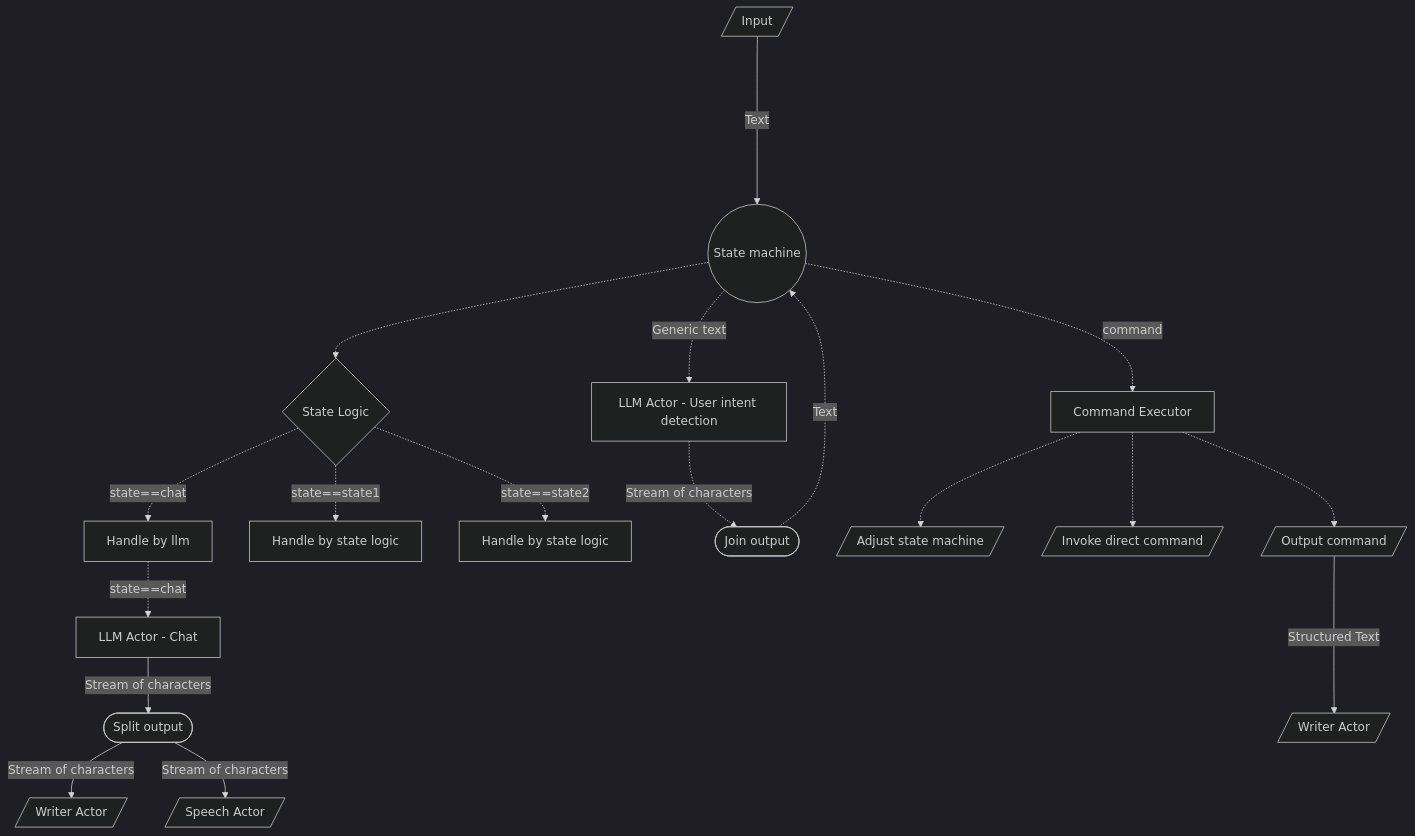
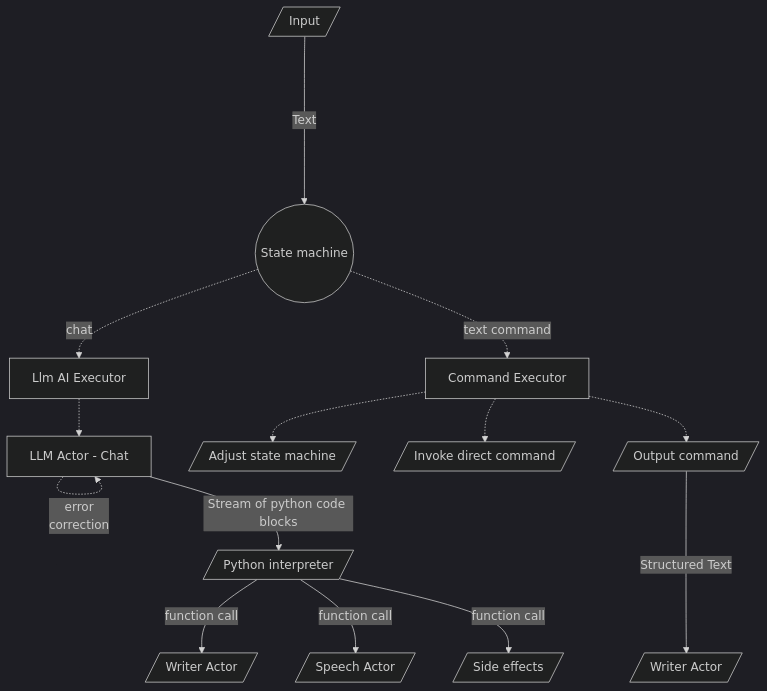
Before and after one commit to sghpjuikit/player: the third of 7 diagrams in app/speech-recognition-whisper/README.md, drawn with Mermaid (dark theme). The commit also changed other lines of this file, not shown here.

````diff
--- a/app/speech-recognition-whisper/README.md
+++ b/app/speech-recognition-whisper/README.md
@@ -52,28 +55,23 @@
 ```mermaid
 flowchart TD
     INPUT[/Input/] ----->|Text| C((State machine))
     
-    C -.-> LOGIC{State Logic}
-    LOGIC -.->|state==chat| LOGIC_STATE_CHAT[Handle by llm]
-    LOGIC -.->|state==state1| LOGIC_STATE1[Handle by state logic]
-    LOGIC -.->|state==state2| LOGIC_STATE2[Handle by state logic]
-    LOGIC_STATE_CHAT -.->|state==chat| LLM1
-    C -.->|command| CE[Command Executor]
-    C -.->|Generic text| LLM2
+    C -.->|chat| LOGIC_STATE_CHAT[Llm AI Executor]
+    LOGIC_STATE_CHAT -.->LLM1
+    LLM1 -.->|error\ncorrection| LLM1
+    C -.->|text command| CE[Command Executor]
     
     LLM1[LLM Actor - Chat]
-    LLM2[LLM Actor - User intent detection]
 
-    LLM2 -.->|Stream of characters| LLM2JOIN
-    LLM2JOIN([Join output]) -.->|Text| C
     
-    LLM1 -->|Stream of characters| LLM1SPLIT
-    LLM1SPLIT([Split output])
-    LLM1SPLIT -->|Stream of characters| WRITER1[/Writer Actor/]
-    LLM1SPLIT -->|Stream of characters| SPEECH1[/Speech Actor/]
+    LLM1 -->|Stream of python code blocks| LLM1PYTEXEC
+    LLM1PYTEXEC[/Python interpreter/]
+    LLM1PYTEXEC -->|function call| WRITER1[/Writer Actor/]
+    LLM1PYTEXEC -->|function call| SPEECH1[/Speech Actor/]
+    LLM1PYTEXEC -->|function call| OUT[/Side effects/]
 
     CE -.-> CE_STA[/Adjust state machine/]
     CE -.-> CE_EXE[/Invoke direct command/]
     CE -.-> CE_OUT[/Output command/]
     CE_OUT --->|Structured Text| WRITER[/Writer Actor/]
 ```
````
